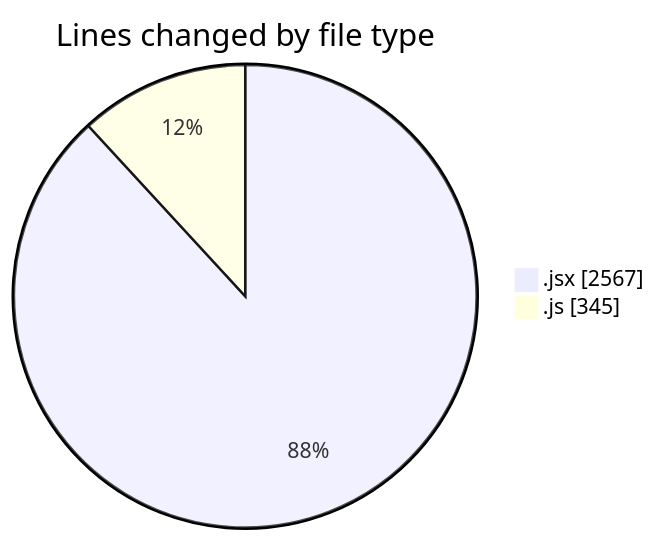
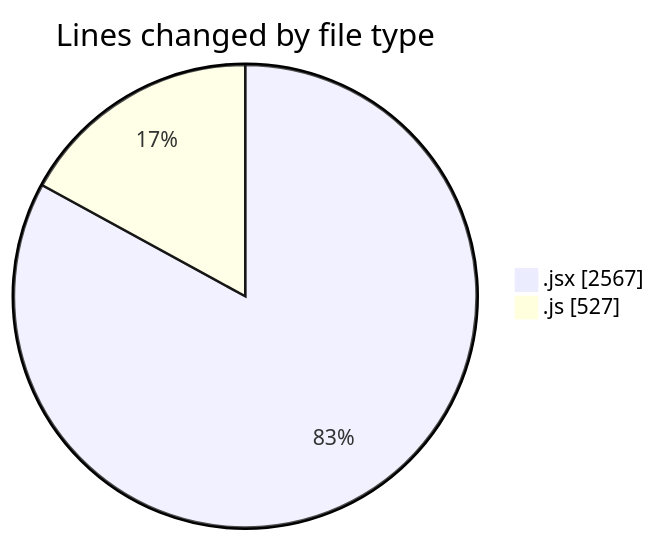
One commit to nxtqubesakshisongat/code-tracking changed the first of 2 diagrams in 2025-07-11/argos/README.md. Above: the diagram before and after it, drawn with Mermaid. The commit also changed other lines of this file and 1 other file, not shown here.

````diff
--- a/2025-07-11/argos/README.md
+++ b/2025-07-11/argos/README.md
@@ -24,6 +24,6 @@
 ```mermaid
 pie showData
 title Lines changed by file type
 ".jsx" : 2567
-".js" : 345
+".js" : 527
 ```
````
